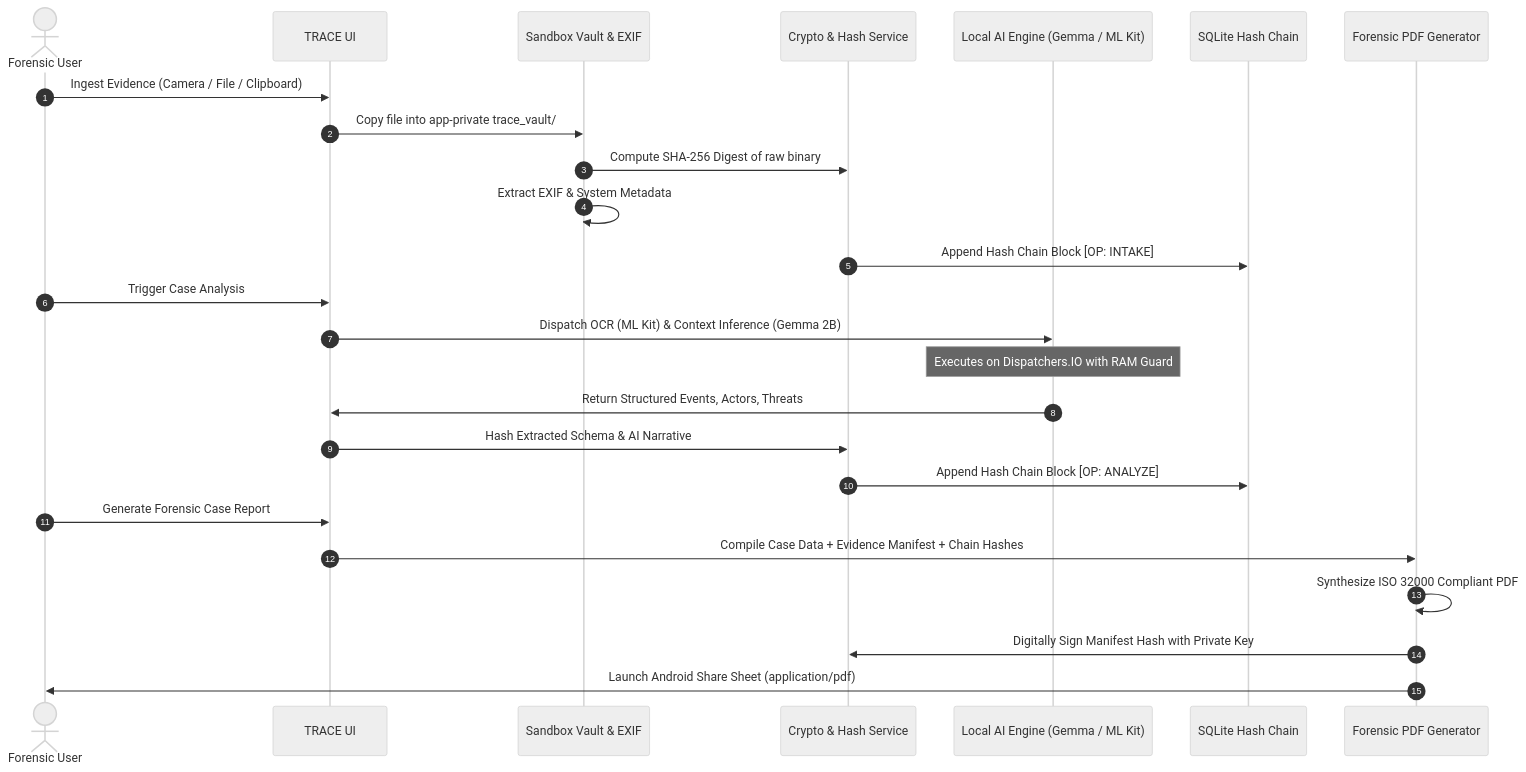
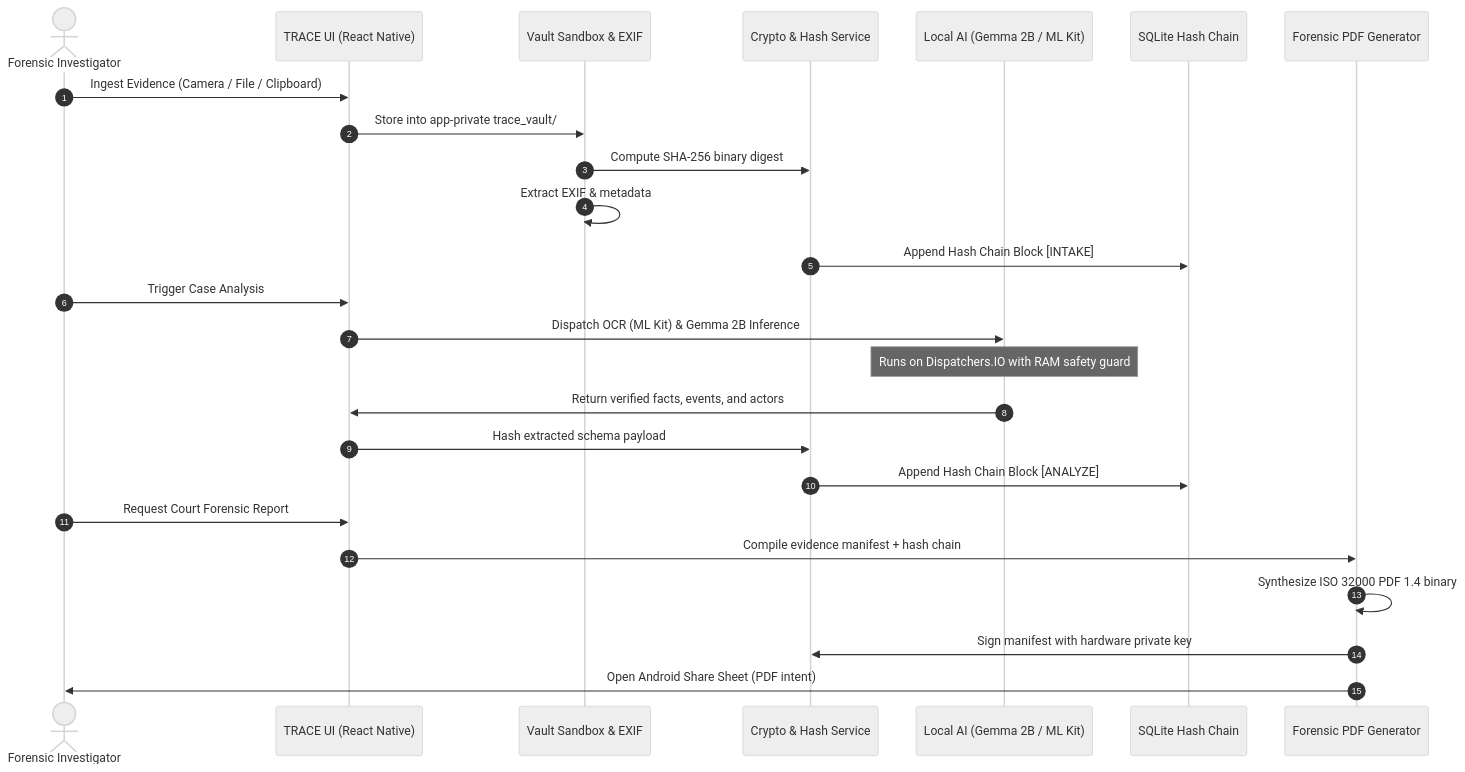
Before and after one commit to CSNEHA20/trace: the second of 2 diagrams in README.md, drawn with Mermaid (neutral theme). The commit also changed other lines of this file, not shown here.

First line of the commit message:
fix(docs): fix Mermaid diagram syntax errors and add universal ASCII architecture map

````diff
--- a/README.md
+++ b/README.md
@@ -153,30 +204,30 @@
 ```mermaid
 sequenceDiagram
     autonumber
-    actor Investigator as Forensic User
-    participant App as TRACE UI
-    participant Vault as Sandbox Vault & EXIF
+    actor Inv as Forensic Investigator
+    participant App as TRACE UI (React Native)
+    participant Vault as Vault Sandbox & EXIF
     participant Crypto as Crypto & Hash Service
-    participant AI as Local AI Engine (Gemma / ML Kit)
+    participant AI as Local AI (Gemma 2B / ML Kit)
     participant Ledger as SQLite Hash Chain
     participant Export as Forensic PDF Generator
 
-    Investigator->>App: Ingest Evidence (Camera / File / Clipboard)
-    App->>Vault: Copy file into app-private trace_vault/
-    Vault->>Crypto: Compute SHA-256 Digest of raw binary
-    Vault->>Vault: Extract EXIF & System Metadata
-    Crypto->>Ledger: Append Hash Chain Block [OP: INTAKE]
+    Inv->>App: Ingest Evidence (Camera / File / Clipboard)
+    App->>Vault: Store into app-private trace_vault/
+    Vault->>Crypto: Compute SHA-256 binary digest
+    Vault->>Vault: Extract EXIF & metadata
+    Crypto->>Ledger: Append Hash Chain Block [INTAKE]
     
-    Investigator->>App: Trigger Case Analysis
-    App->>AI: Dispatch OCR (ML Kit) & Context Inference (Gemma 2B)
-    Note over AI: Executes on Dispatchers.IO with RAM Guard
-    AI->>App: Return Structured Events, Actors, Threats
-    App->>Crypto: Hash Extracted Schema & AI Narrative
-    Crypto->>Ledger: Append Hash Chain Block [OP: ANALYZE]
+    Inv->>App: Trigger Case Analysis
+    App->>AI: Dispatch OCR (ML Kit) & Gemma 2B Inference
+    Note over AI: Runs on Dispatchers.IO with RAM safety guard
+    AI->>App: Return verified facts, events, and actors
+    App->>Crypto: Hash extracted schema payload
+    Crypto->>Ledger: Append Hash Chain Block [ANALYZE]
 
-    Investigator->>App: Generate Forensic Case Report
-    App->>Export: Compile Case Data + Evidence Manifest + Chain Hashes
-    Export->>Export: Synthesize ISO 32000 Compliant PDF
-    Export->>Crypto: Digitally Sign Manifest Hash with Private Key
-    Export->>Investigator: Launch Android Share Sheet (application/pdf)
+    Inv->>App: Request Court Forensic Report
+    App->>Export: Compile evidence manifest + hash chain
+    Export->>Export: Synthesize ISO 32000 PDF 1.4 binary
+    Export->>Crypto: Sign manifest with hardware private key
+    Export->>Inv: Open Android Share Sheet (PDF intent)
 ```
````
